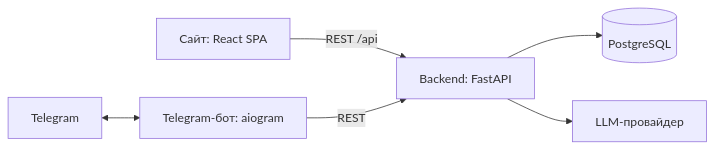
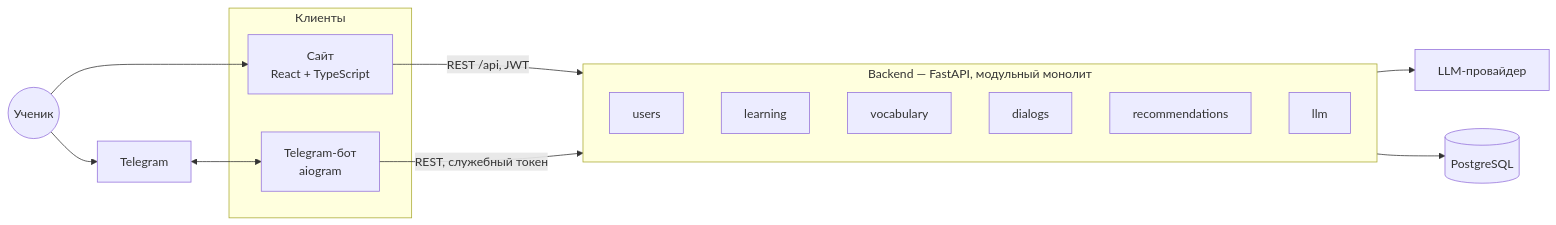
Before and after one commit to Deadexp/coursework-tp-2026: the first of 3 diagrams in docs/architecture.md, drawn with Mermaid. The commit also changed other lines of this file and 3 other files, not shown here.

First line of the commit message:
Complete architecture document

````diff
--- a/docs/architecture.md
+++ b/docs/architecture.md
@@ -5,8 +5,27 @@
 ```mermaid
 flowchart LR
-  Web[Сайт: React SPA] -->|REST /api| API
-  Bot[Telegram-бот: aiogram] -->|REST| API
-  TG[Telegram] <--> Bot
-  API[Backend: FastAPI] --> DB[(PostgreSQL)]
-  API --> LLM[LLM-провайдер]
+  User((Ученик))
+  User --> Web
+  User --> TG[Telegram]
+  TG <--> Bot
+
+  subgraph Clients[Клиенты]
+    Web[Сайт<br/>React + TypeScript]
+    Bot[Telegram-бот<br/>aiogram]
+  end
+
+  subgraph Server[Backend — FastAPI, модульный монолит]
+    direction TB
+    Users[users]
+    Learning[learning]
+    Vocabulary[vocabulary]
+    Dialogs[dialogs]
+    Recs[recommendations]
+    LLMmod[llm]
+  end
+
+  Web -->|REST /api, JWT| Server
+  Bot -->|REST, служебный токен| Server
+  Server --> DB[(PostgreSQL)]
+  LLMmod --> LLM[LLM-провайдер]
 ```
````
